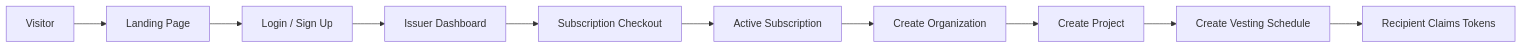
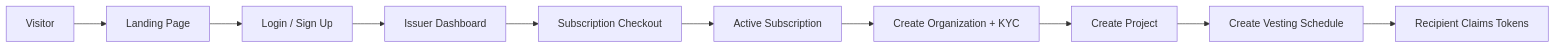
The second of 10 diagrams in DESIGN_MAP.md (TheGodlike7/vestingapp), drawn with Mermaid before and after one commit. The commit also changed other lines of this file and 30 other files, not shown here.

````diff
--- a/DESIGN_MAP.md
+++ b/DESIGN_MAP.md
@@ -38,12 +40,12 @@
 ```mermaid
 flowchart LR
   Visitor["Visitor"] --> Landing["Landing Page"]
   Landing --> Login["Login / Sign Up"]
   Login --> Dashboard["Issuer Dashboard"]
   Dashboard --> Subscribe["Subscription Checkout"]
   Subscribe --> Active["Active Subscription"]
-  Active --> CreateOrg["Create Organization"]
+  Active --> CreateOrg["Create Organization + KYC"]
   CreateOrg --> CreateProject["Create Project"]
   CreateProject --> CreateSchedule["Create Vesting Schedule"]
   CreateSchedule --> Recipient["Recipient Claims Tokens"]
 ```
````
